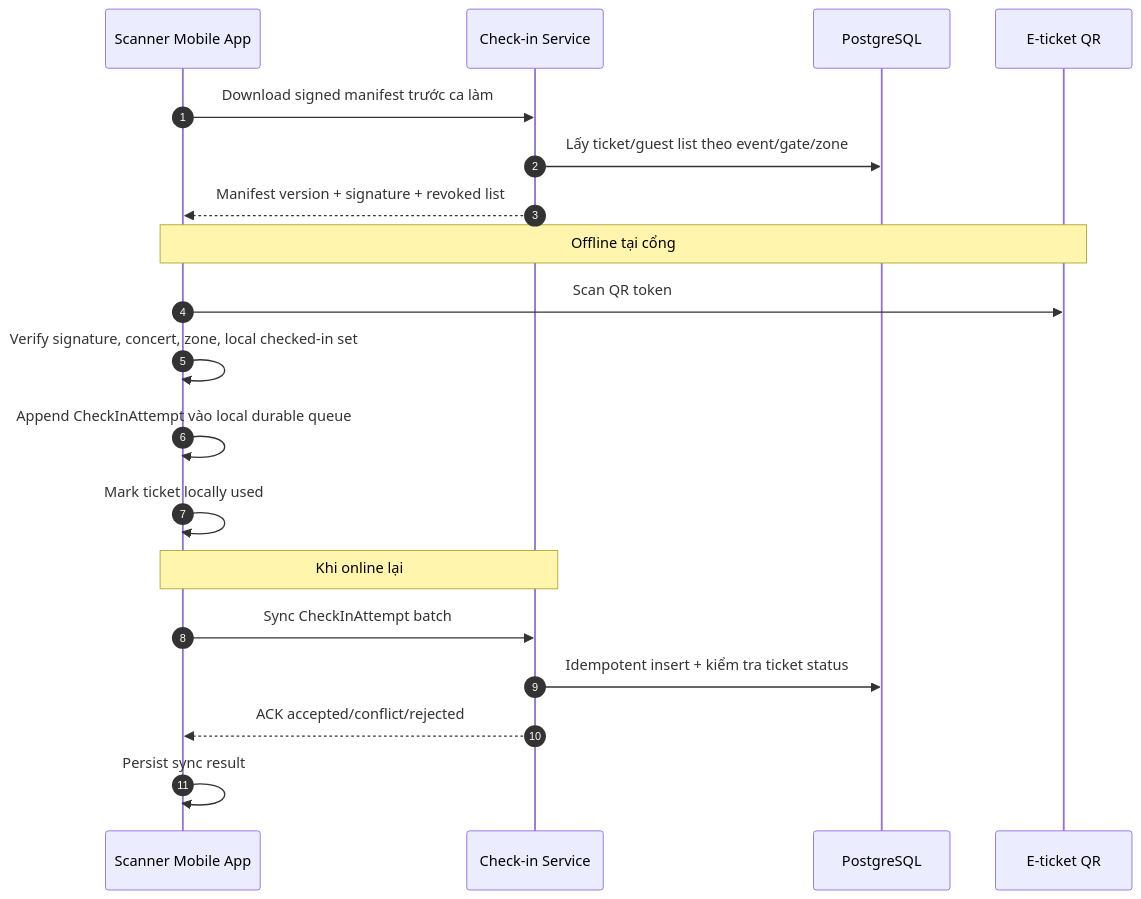
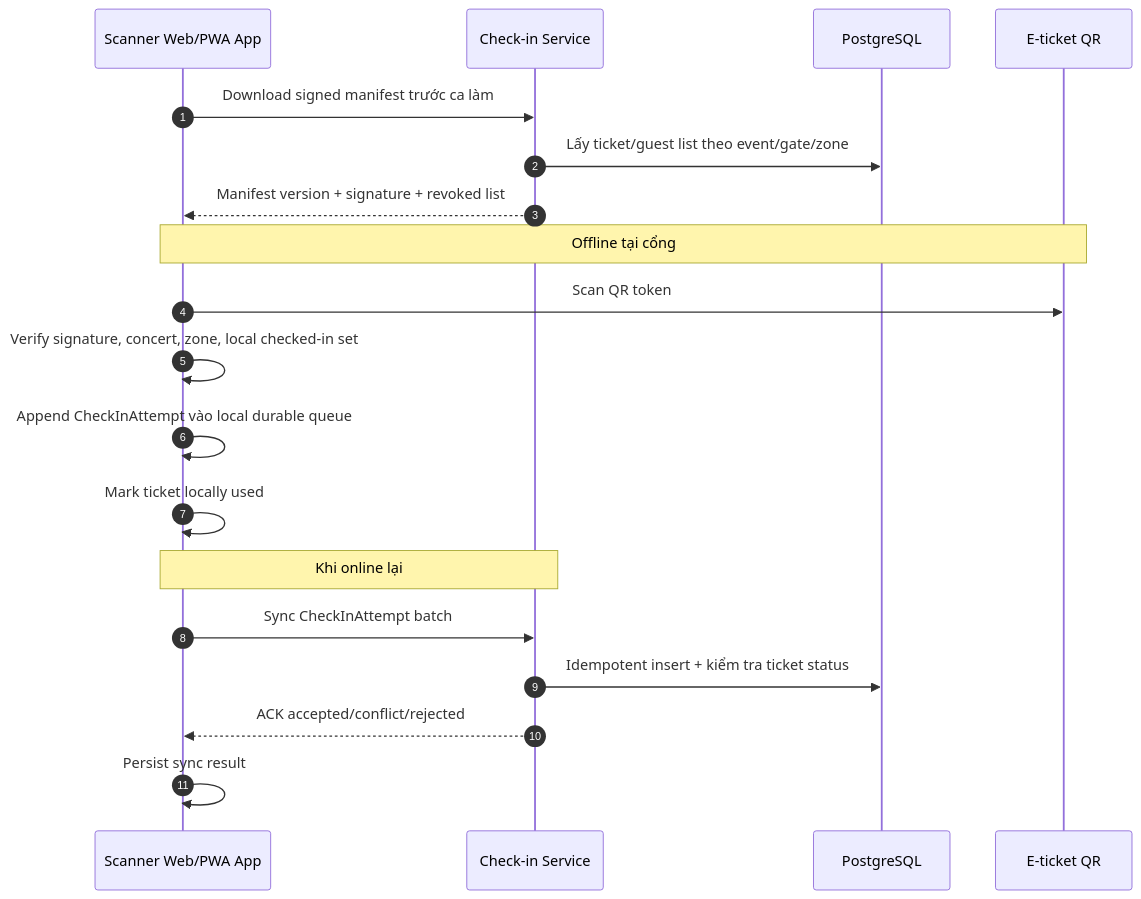
Before and after one commit to Toanapr/ticket-box: the second of 5 diagrams in docs/blueprint/05-business-flows.md, drawn with Mermaid. The commit also changed 6 other files, not shown here.

Commit message:
docs: update system design and architecture documentation to reflect Scanner Web/PWA App changes

````diff
--- a/docs/blueprint/05-business-flows.md
+++ b/docs/blueprint/05-business-flows.md
@@ -54,24 +54,24 @@
 ```mermaid
 sequenceDiagram
     autonumber
-    participant App as Scanner Mobile App
+    participant App as Scanner Web/PWA App
     participant Checkin as Check-in Service
     participant DB as PostgreSQL
     participant QR as E-ticket QR
 
     App->>Checkin: Download signed manifest trước ca làm
     Checkin->>DB: Lấy ticket/guest list theo event/gate/zone
     Checkin-->>App: Manifest version + signature + revoked list
 
     Note over App,QR: Offline tại cổng
     App->>QR: Scan QR token
     App->>App: Verify signature, concert, zone, local checked-in set
     App->>App: Append CheckInAttempt vào local durable queue
     App->>App: Mark ticket locally used
 
     Note over App,Checkin: Khi online lại
     App->>Checkin: Sync CheckInAttempt batch
     Checkin->>DB: Idempotent insert + kiểm tra ticket status
     Checkin-->>App: ACK accepted/conflict/rejected
     App->>App: Persist sync result
 ```
````
